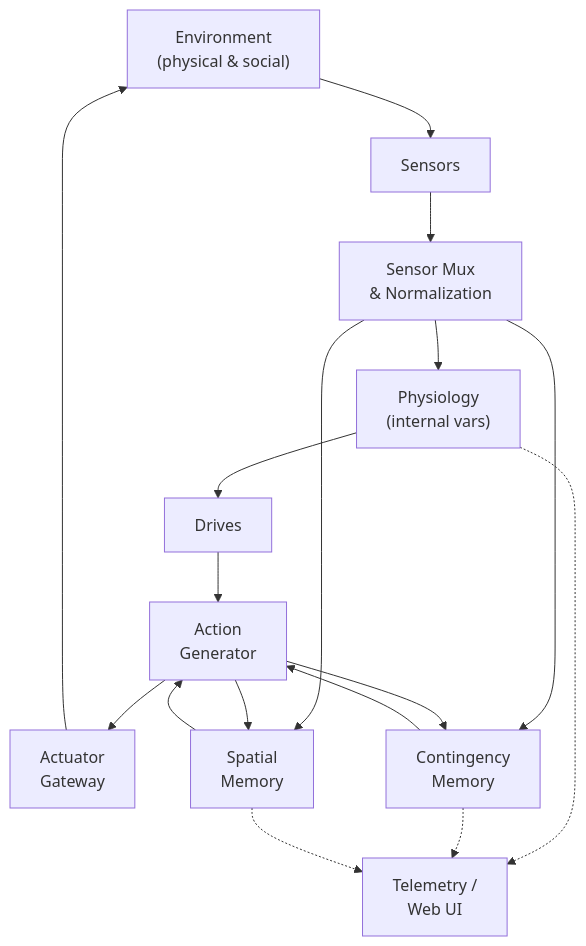
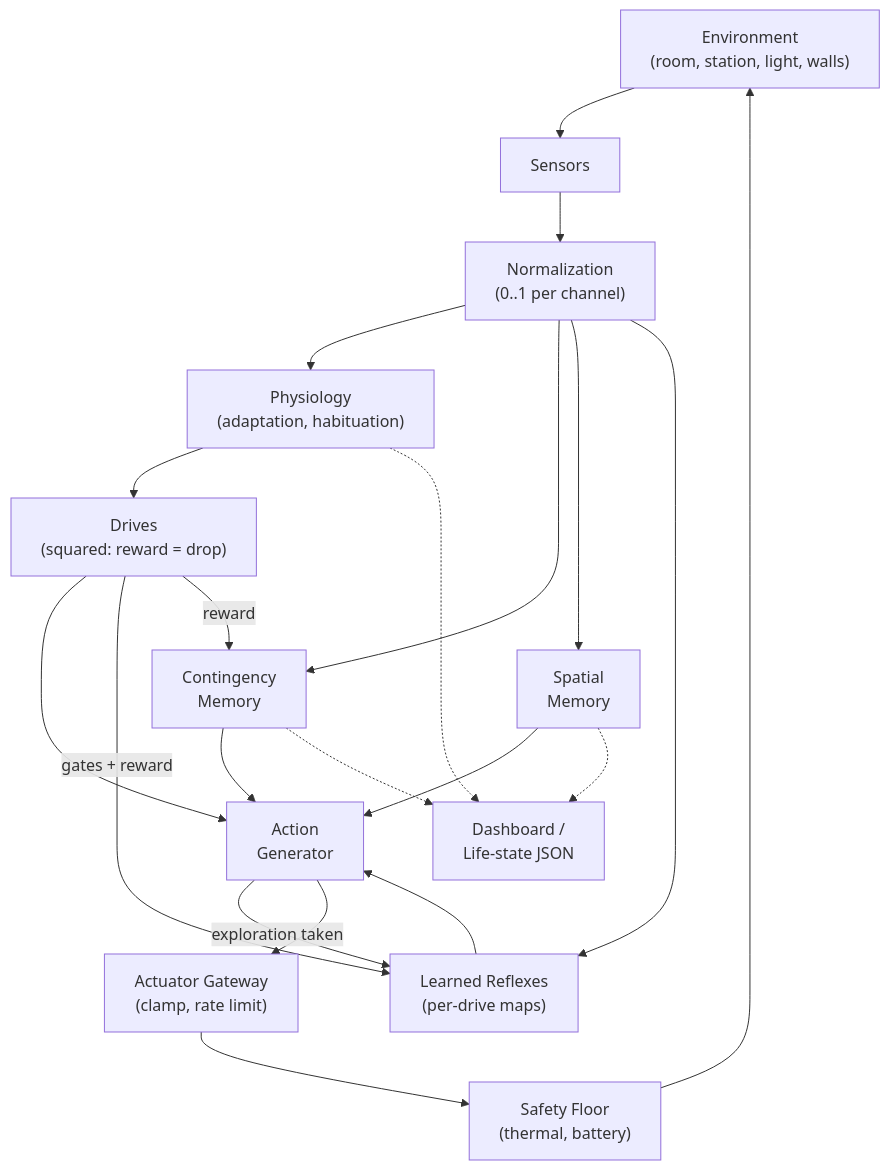
The first of 6 diagrams in docs/synth-behavior.md (sloev/emergent), drawn with Mermaid before and after one commit. The commit also changed other lines of this file and 18 other files, not shown here.

````diff
--- a/docs/synth-behavior.md
+++ b/docs/synth-behavior.md
@@ -135,39 +135,44 @@
 ```mermaid
 graph TD
-    env_world["Environment<br/>(physical & social)"]
+    env_world["Environment<br/>(room, station, light, walls)"]
 
     body_sensors["Sensors"]
-    body_smux["Sensor Mux<br/>& Normalization"]
-    body_actgate["Actuator<br/>Gateway"]
+    body_smux["Normalization<br/>(0..1 per channel)"]
+    body_actgate["Actuator Gateway<br/>(clamp, rate limit)"]
+    safety["Safety Floor<br/>(thermal, battery)"]
 
-    core_phys["Physiology<br/>(internal vars)"]
-    core_drives["Drives"]
+    core_phys["Physiology<br/>(adaptation, habituation)"]
+    core_drives["Drives<br/>(squared: reward = drop)"]
     core_cont["Contingency<br/>Memory"]
     core_space["Spatial<br/>Memory"]
+    core_reflex["Learned Reflexes<br/>(per-drive maps)"]
     core_gen["Action<br/>Generator"]
 
-    obs_ui["Telemetry /<br/>Web UI"]
+    obs_ui["Dashboard /<br/>Life-state JSON"]
 
     env_world --> body_sensors
     body_sensors --> body_smux
 
-    body_actgate --> env_world
-
     body_smux --> core_phys
     body_smux --> core_cont
     body_smux --> core_space
+    body_smux --> core_reflex
 
     core_phys --> core_drives
 
     core_drives --> core_gen
+    core_drives -->|"gates + reward"| core_reflex
+    core_drives -->|"reward"| core_cont
     core_cont  --> core_gen
     core_space --> core_gen
+    core_reflex --> core_gen
 
+    core_gen -->|"exploration taken"| core_reflex
     core_gen --> body_actgate
-    core_gen --> core_cont
-    core_gen --> core_space
+    body_actgate --> safety
+    safety --> env_world
 
     core_phys -.-> obs_ui
     core_cont -.-> obs_ui
     core_space -.-> obs_ui
 ```
````
